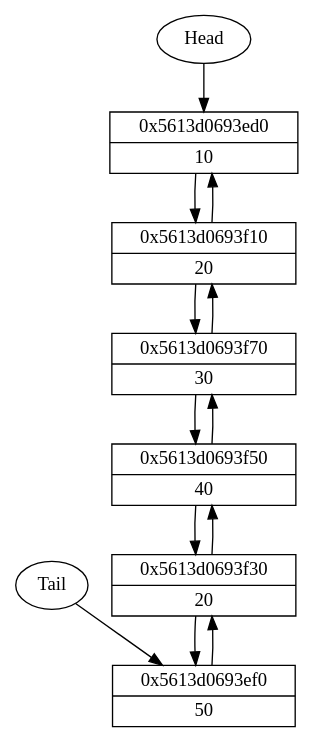
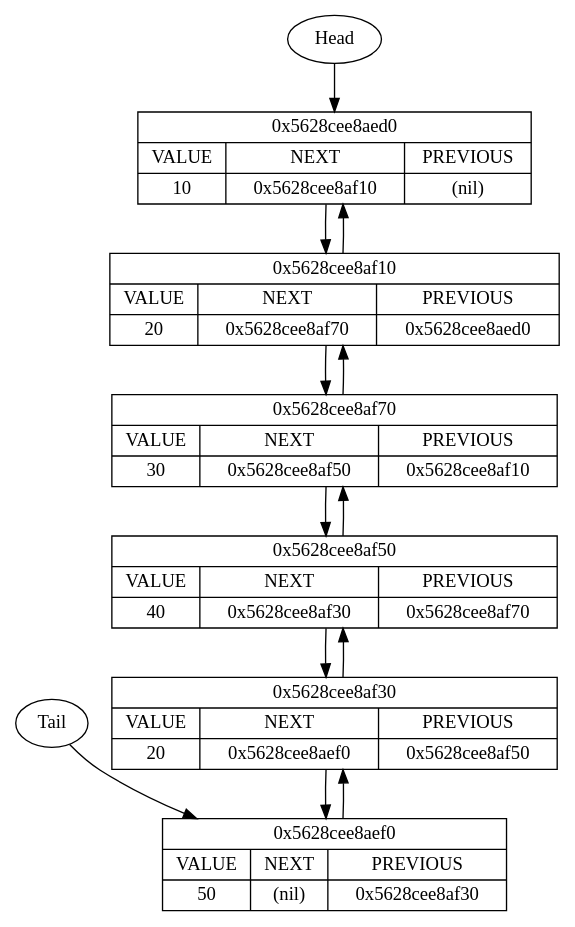
Before and after one commit to AlgebraicWolf/FPMI_1sem_programming_homework: the diagram in DoublyLinkedListedClassic/cmake-build-debug/dump.dot, drawn with Graphviz. The commit also changed 4 other files, not shown here.

```diff
--- a/DoublyLinkedListedClassic/cmake-build-debug/dump.dot
+++ b/DoublyLinkedListedClassic/cmake-build-debug/dump.dot
@@ -1,20 +1,20 @@
 digraph {
-node0x5613d0693ed0[label="{{0x5613d0693ed0}|{10}}",shape=record];
-node0x5613d0693f10[label="{{0x5613d0693f10}|{20}}",shape=record];
-node0x5613d0693ed0 -> node0x5613d0693f10;
-node0x5613d0693f10 -> node0x5613d0693ed0;
-node0x5613d0693f70[label="{{0x5613d0693f70}|{30}}",shape=record];
-node0x5613d0693f10 -> node0x5613d0693f70;
-node0x5613d0693f70 -> node0x5613d0693f10;
-node0x5613d0693f50[label="{{0x5613d0693f50}|{40}}",shape=record];
-node0x5613d0693f70 -> node0x5613d0693f50;
-node0x5613d0693f50 -> node0x5613d0693f70;
-node0x5613d0693f30[label="{{0x5613d0693f30}|{20}}",shape=record];
-node0x5613d0693f50 -> node0x5613d0693f30;
-node0x5613d0693f30 -> node0x5613d0693f50;
-node0x5613d0693ef0[label="{{0x5613d0693ef0}|{50}}",shape=record];
-node0x5613d0693f30 -> node0x5613d0693ef0;
-node0x5613d0693ef0 -> node0x5613d0693f30;
-Head -> node0x5613d0693ed0;
-Tail -> node0x5613d0693ef0;
+node0x5628cee8aed0[label="{{0x5628cee8aed0}|{{VALUE|10}|{NEXT|0x5628cee8af10}|{PREVIOUS|(nil)}}}",shape=record];
+node0x5628cee8af10[label="{{0x5628cee8af10}|{{VALUE|20}|{NEXT|0x5628cee8af70}|{PREVIOUS|0x5628cee8aed0}}}",shape=record];
+node0x5628cee8aed0 -> node0x5628cee8af10;
+node0x5628cee8af10 -> node0x5628cee8aed0;
+node0x5628cee8af70[label="{{0x5628cee8af70}|{{VALUE|30}|{NEXT|0x5628cee8af50}|{PREVIOUS|0x5628cee8af10}}}",shape=record];
+node0x5628cee8af10 -> node0x5628cee8af70;
+node0x5628cee8af70 -> node0x5628cee8af10;
+node0x5628cee8af50[label="{{0x5628cee8af50}|{{VALUE|40}|{NEXT|0x5628cee8af30}|{PREVIOUS|0x5628cee8af70}}}",shape=record];
+node0x5628cee8af70 -> node0x5628cee8af50;
+node0x5628cee8af50 -> node0x5628cee8af70;
+node0x5628cee8af30[label="{{0x5628cee8af30}|{{VALUE|20}|{NEXT|0x5628cee8aef0}|{PREVIOUS|0x5628cee8af50}}}",shape=record];
+node0x5628cee8af50 -> node0x5628cee8af30;
+node0x5628cee8af30 -> node0x5628cee8af50;
+node0x5628cee8aef0[label="{{0x5628cee8aef0}|{{VALUE|50}|{NEXT|(nil)}|{PREVIOUS|0x5628cee8af30}}}",shape=record];
+node0x5628cee8af30 -> node0x5628cee8aef0;
+node0x5628cee8aef0 -> node0x5628cee8af30;
+Head -> node0x5628cee8aed0;
+Tail -> node0x5628cee8aef0;
 }
```
